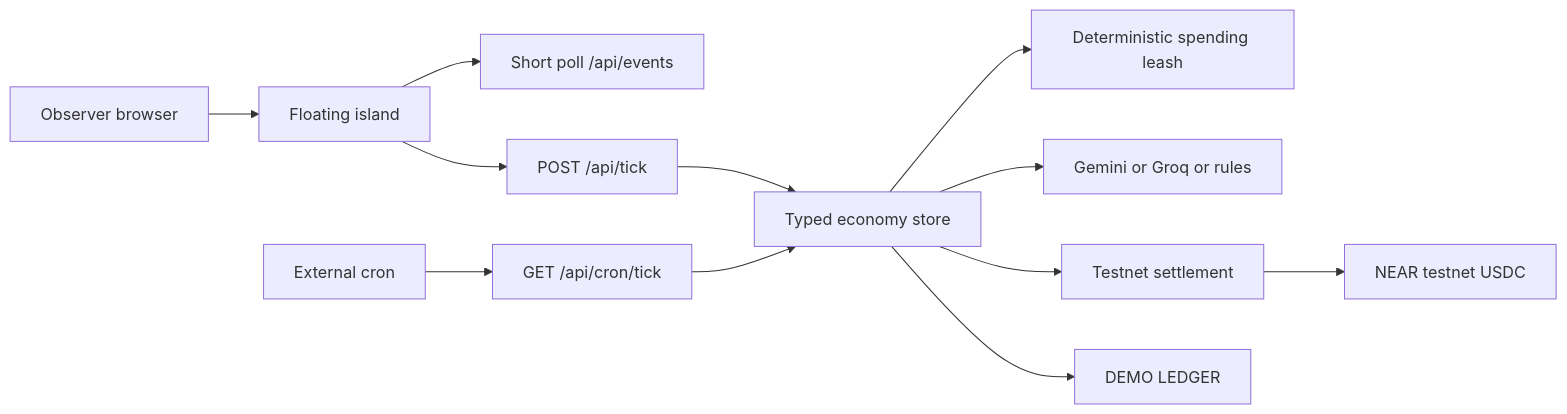
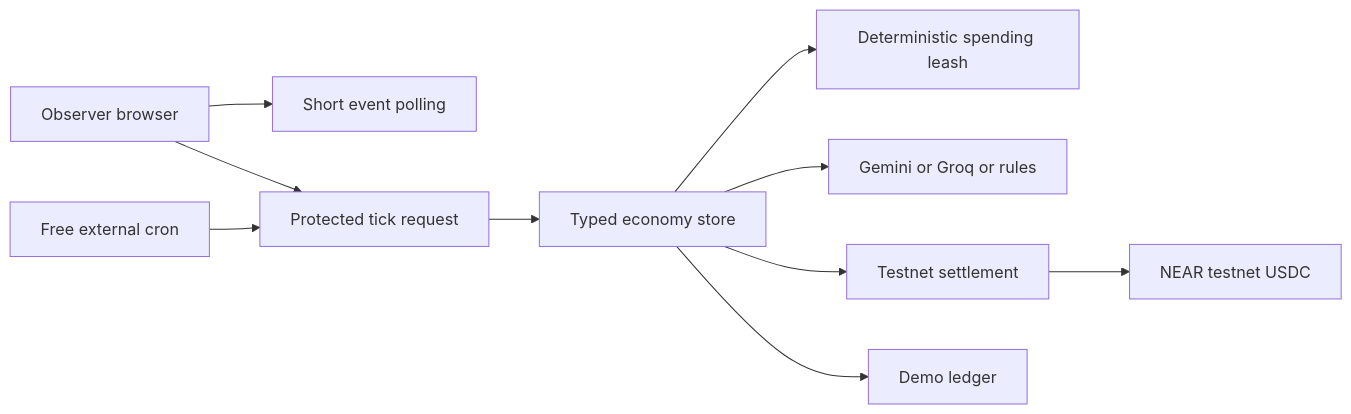
The diagram in README.md (jamesonchain/Market-Day), drawn with Mermaid before and after one commit. The commit also changed other lines of this file and 1 other file, not shown here.

Commit message:
Finalize free deployment documentation

````diff
--- a/README.md
+++ b/README.md
@@ -56,14 +63,12 @@
 ```mermaid
 flowchart LR
-  Browser[Observer browser] --> Island[Floating island]
-  Island --> Events[Short poll /api/events]
-  Island --> Tick[POST /api/tick]
-  Cron[External cron] --> CronTick[GET /api/cron/tick]
-  Tick --> Economy[Typed economy store]
-  CronTick --> Economy
-  Economy --> Policy[Deterministic spending leash]
-  Economy --> Brain[Gemini or Groq or rules]
-  Economy --> Settlement[Testnet settlement]
+  Browser[Observer browser] --> Events[Short event polling]
+  Browser --> Tick[Protected tick request]
+  Cron[Free external cron] --> Tick
+  Tick --> Store[Typed economy store]
+  Store --> Policy[Deterministic spending leash]
+  Store --> Brain[Gemini or Groq or rules]
+  Store --> Settlement[Testnet settlement]
   Settlement --> NEAR[NEAR testnet USDC]
-  Economy --> Demo[DEMO LEDGER]
+  Store --> Demo[Demo ledger]
 ```
````
